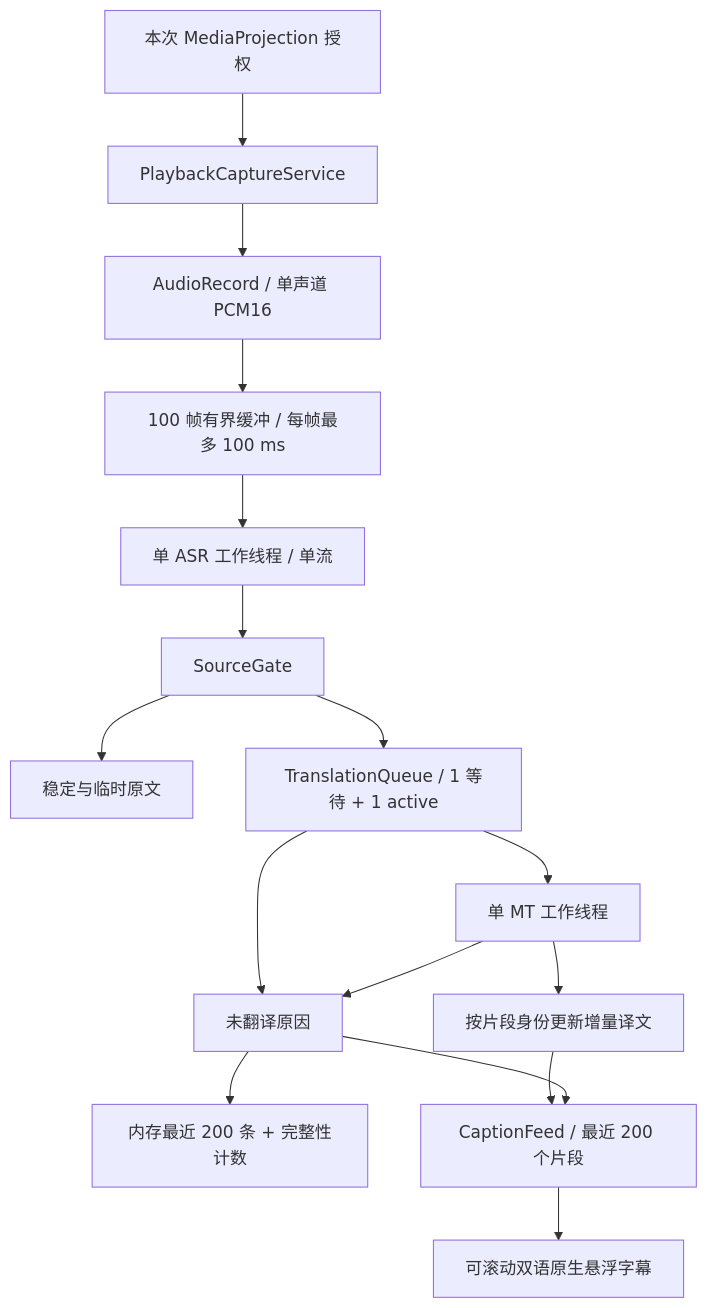
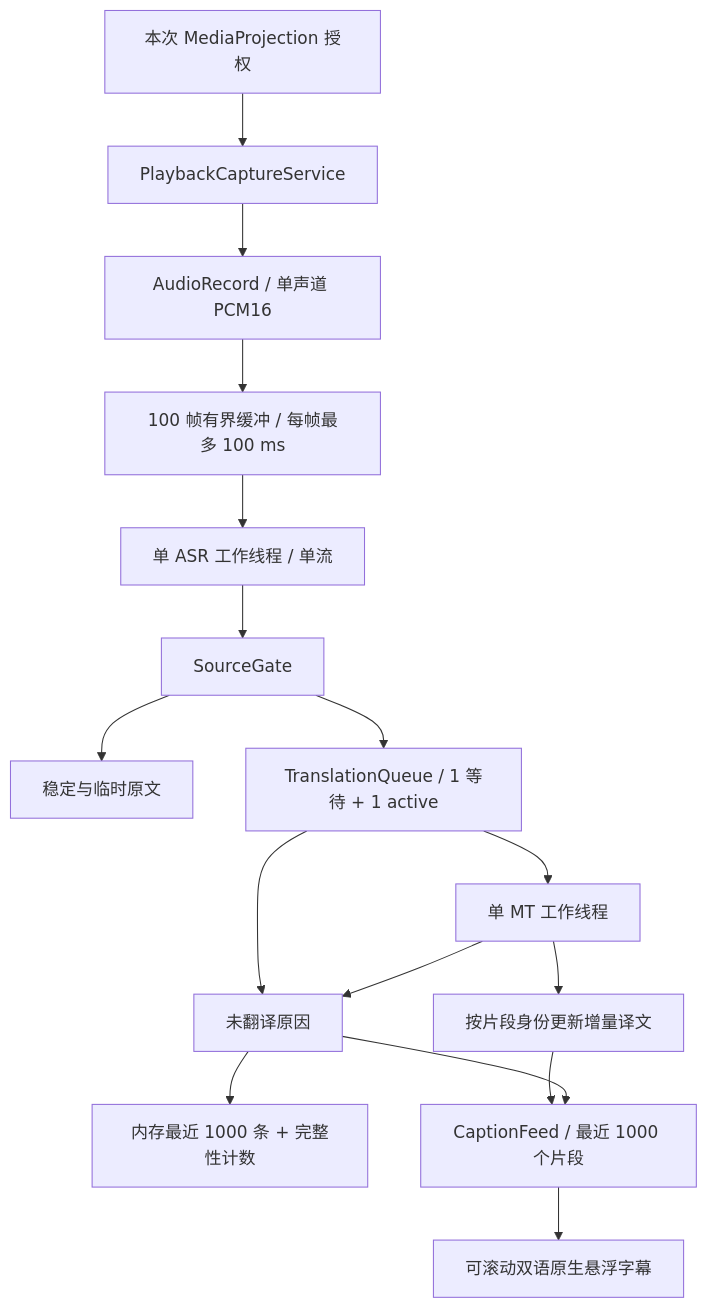
Before and after one commit to CodeBoy2006/CaptionGlass: the second of 2 diagrams in docs/architecture.md, drawn with Mermaid. The commit also changed other lines of this file and 12 other files, not shown here.

````diff
--- a/docs/architecture.md
+++ b/docs/architecture.md
@@ -41,18 +41,18 @@
 ```mermaid
 flowchart TD
     consent[本次 MediaProjection 授权] --> service[PlaybackCaptureService]
     service --> audio[AudioRecord / 单声道 PCM16]
     audio --> buffer[100 帧有界缓冲 / 每帧最多 100 ms]
     buffer --> asr[单 ASR 工作线程 / 单流]
     asr --> gate[SourceGate]
     gate --> source[稳定与临时原文]
     gate --> queue[TranslationQueue / 1 等待 + 1 active]
     queue --> mt[单 MT 工作线程]
     queue --> outcome[未翻译原因]
     mt --> outcome
-    outcome --> history[内存最近 200 条 + 完整性计数]
+    outcome --> history[内存最近 1000 条 + 完整性计数]
     mt --> preview[按片段身份更新增量译文]
-    preview --> feed[CaptionFeed / 最近 200 个片段]
+    preview --> feed[CaptionFeed / 最近 1000 个片段]
     outcome --> feed
     feed --> overlay[可滚动双语原生悬浮字幕]
 ```
````
